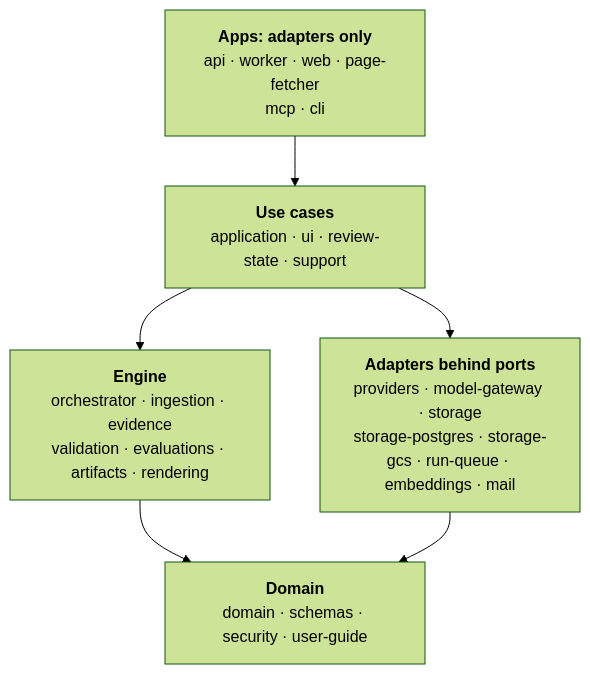
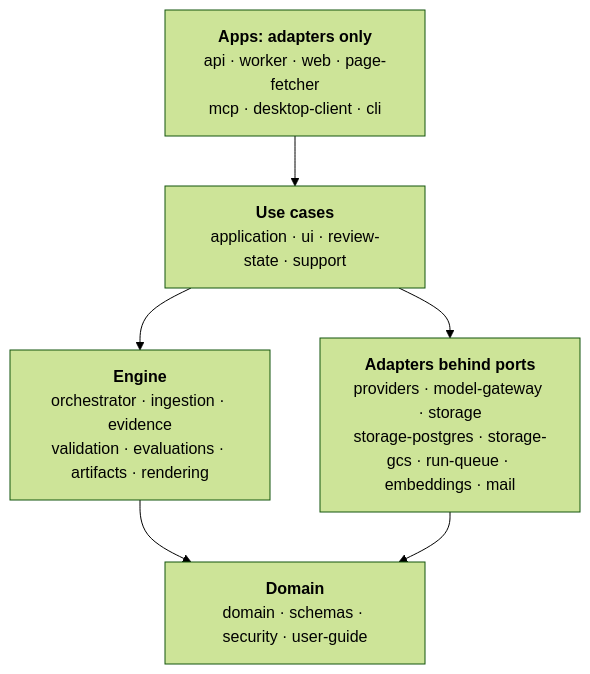
The fourth of 5 diagrams in docs/architecture/overview.md (akoita/draft-loop), drawn with Mermaid (forest theme) before and after one commit. The commit also changed other lines of this file and 7 other files, not shown here.

First line of the commit message:
Put the Electron desktop client back in the diagrams

````diff
--- a/docs/architecture/overview.md
+++ b/docs/architecture/overview.md
@@ -197,13 +198,13 @@
 ```mermaid
 flowchart TB
-  apps["<b>Apps: adapters only</b><br/>api · worker · web · page-fetcher<br/>mcp · cli"]
+  apps["<b>Apps: adapters only</b><br/>api · worker · web · page-fetcher<br/>mcp · desktop-client · cli"]
   usecases["<b>Use cases</b><br/>application · ui · review-state · support"]
   engine["<b>Engine</b><br/>orchestrator · ingestion · evidence<br/>validation · evaluations · artifacts · rendering"]
   adapters["<b>Adapters behind ports</b><br/>providers · model-gateway · storage<br/>storage-postgres · storage-gcs · run-queue · embeddings · mail"]
   core["<b>Domain</b><br/>domain · schemas · security · user-guide"]
   apps --> usecases
   usecases --> engine
   usecases --> adapters
   engine --> core
   adapters --> core
 ```
````
